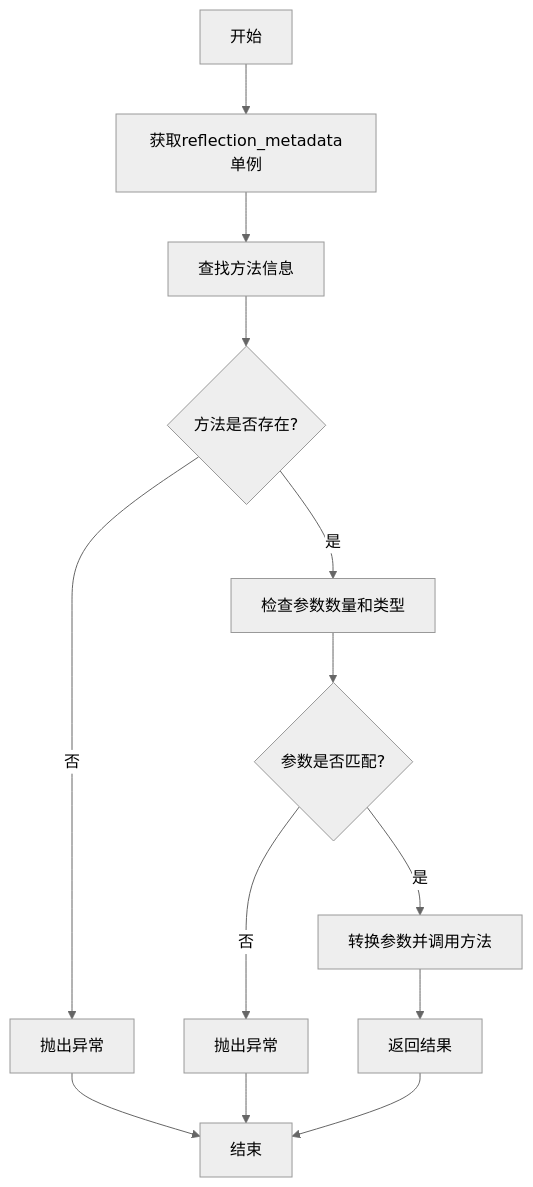
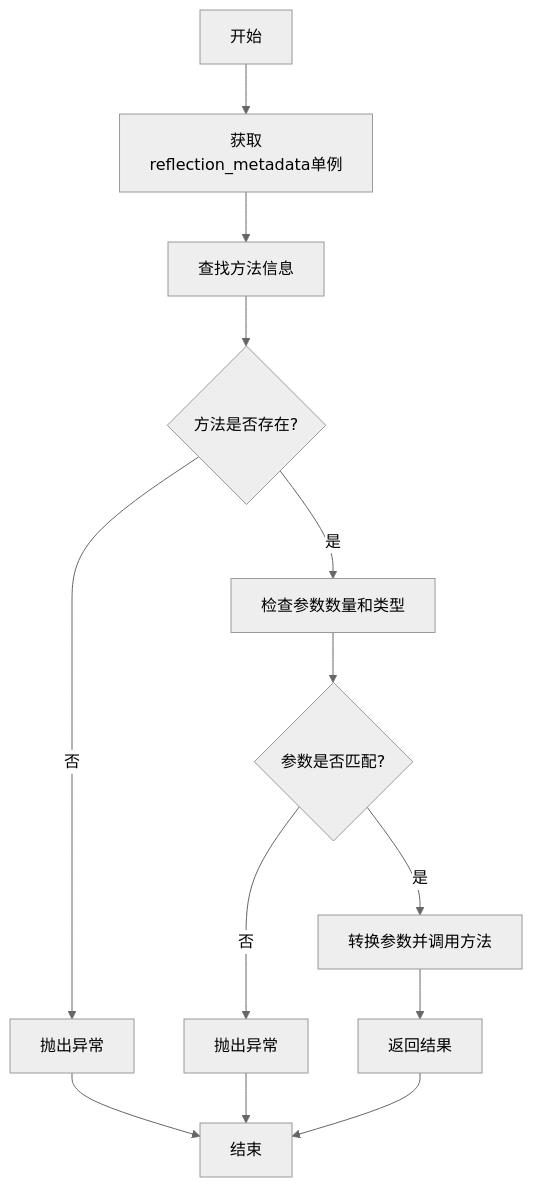
Before and after one commit to RobertJYang/libmcpp: the fourth of 7 diagrams in docs/4.reflect_usage.md, drawn with Mermaid (neutral theme). The commit also changed 1 other file, not shown here.

Commit message:
优化文档

````diff
--- a/docs/4.reflect_usage.md
+++ b/docs/4.reflect_usage.md
@@ -143,15 +143,16 @@
 ```mermaid
 flowchart TD
-    A[开始] --> B[获取reflection_metadata单例]
+    A[开始] --> B[获取
+    reflection_metadata单例]
     B --> C[查找方法信息]
     C --> D{方法是否存在?}
     D -->|否| E[抛出异常]
     D -->|是| F[检查参数数量和类型]
     F --> G{参数是否匹配?}
     G -->|否| H[抛出异常]
     G -->|是| I[转换参数并调用方法]
     I --> J[返回结果]
     E --> K[结束]
     H --> K
     J --> K
 ```
````
